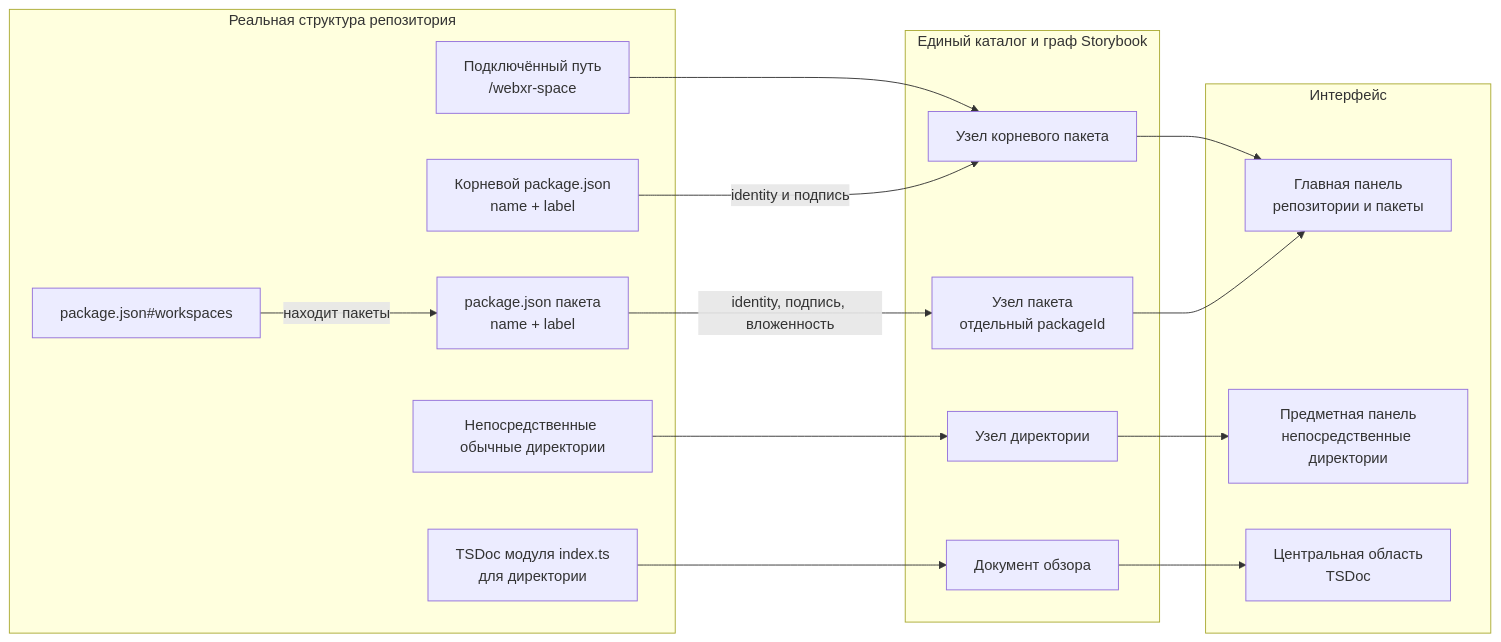
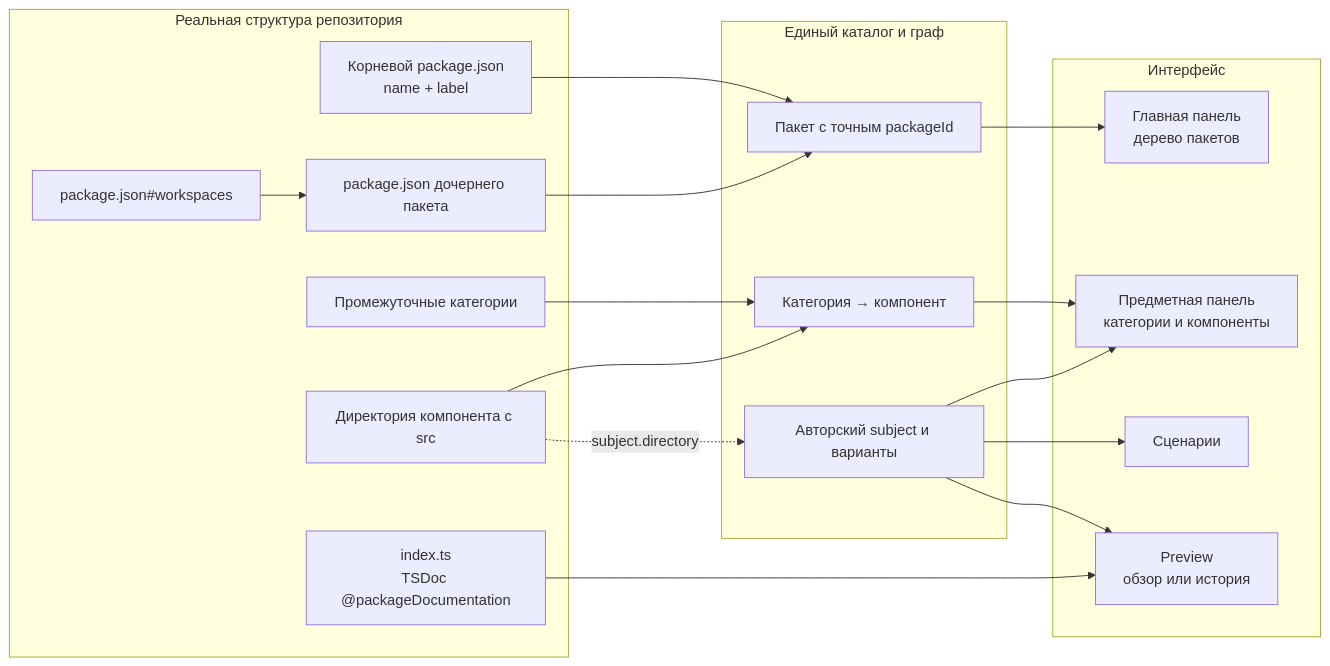
One commit to zavx0z/storybook changed the diagram in archetypes/structure-placement.md. Above: the diagram before and after it, drawn with Mermaid. The commit also changed other lines of this file and 22 other files, not shown here.

Commit message:
feat(discovery): derive categories and subjects from package structure

````diff
--- a/archetypes/structure-placement.md
+++ b/archetypes/structure-placement.md
@@ -10,36 +11,37 @@
 ```mermaid
 flowchart LR
   subgraph FS["Реальная структура репозитория"]
-    PATH["Подключённый путь<br/>/webxr-space"]
     ROOT["Корневой package.json<br/>name + label"]
     WS["package.json#workspaces"]
-    PKG["package.json пакета<br/>name + label"]
-    DIR["Непосредственные обычные директории"]
-    README["TSDoc модуля index.ts<br/>для директории"]
+    PKG["package.json дочернего пакета"]
+    CATEGORY["Промежуточные категории"]
+    MODULE["Директория компонента с src"]
+    DOC["index.ts<br/>TSDoc @packageDocumentation"]
   end
 
-  subgraph NORMAL["Единый каталог и граф Storybook"]
-    REPO["Узел корневого пакета"]
-    PACKAGE["Узел пакета<br/>отдельный packageId"]
-    DIRECTORY["Узел директории"]
-    DOC["Документ обзора"]
+  subgraph GRAPH["Единый каталог и граф"]
+    PACKAGE["Пакет с точным packageId"]
+    STRUCTURE["Категория → компонент"]
+    SUBJECT["Авторский subject и варианты"]
   end
 
   subgraph UI["Интерфейс"]
-    MAIN["Главная панель<br/>репозитории и пакеты"]
-    SECONDARY["Предметная панель<br/>непосредственные директории"]
-    CENTER["Центральная область<br/>TSDoc"]
+    MAIN["Главная панель<br/>дерево пакетов"]
+    SECONDARY["Предметная панель<br/>категории и компоненты"]
+    PREVIEW["Preview<br/>обзор или история"]
+    SCENARIOS["Сценарии"]
   end
 
-  PATH --> REPO
-  ROOT -->|"identity и подпись"| REPO
-  WS -->|"находит пакеты"| PKG
-  PKG -->|"identity, подпись, вложенность"| PACKAGE
-  DIR --> DIRECTORY
-  README --> DOC
-
-  REPO --> MAIN
+  ROOT --> PACKAGE
+  WS --> PKG
+  PKG --> PACKAGE
+  CATEGORY --> STRUCTURE
+  MODULE --> STRUCTURE
+  DOC --> PREVIEW
+  MODULE -. "subject.directory" .-> SUBJECT
   PACKAGE --> MAIN
-  DIRECTORY --> SECONDARY
-  DOC --> CENTER
+  STRUCTURE --> SECONDARY
+  SUBJECT --> SECONDARY
+  SUBJECT --> SCENARIOS
+  SUBJECT --> PREVIEW
 ```
````
